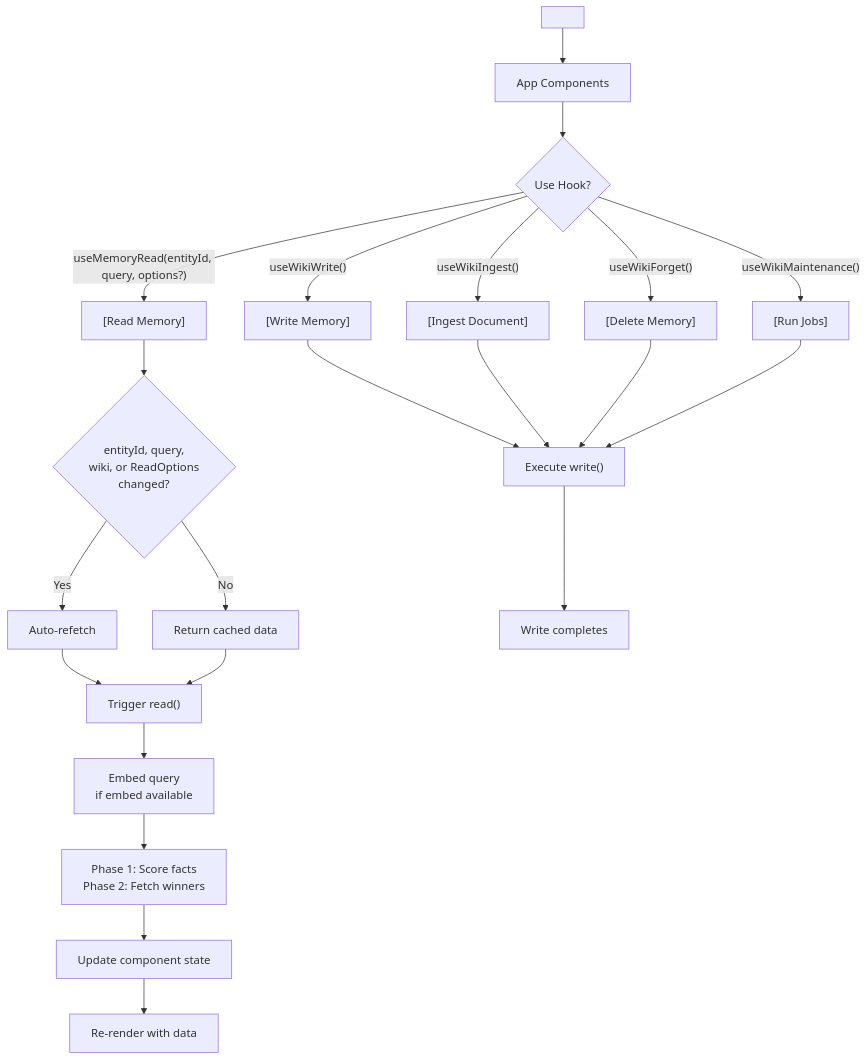
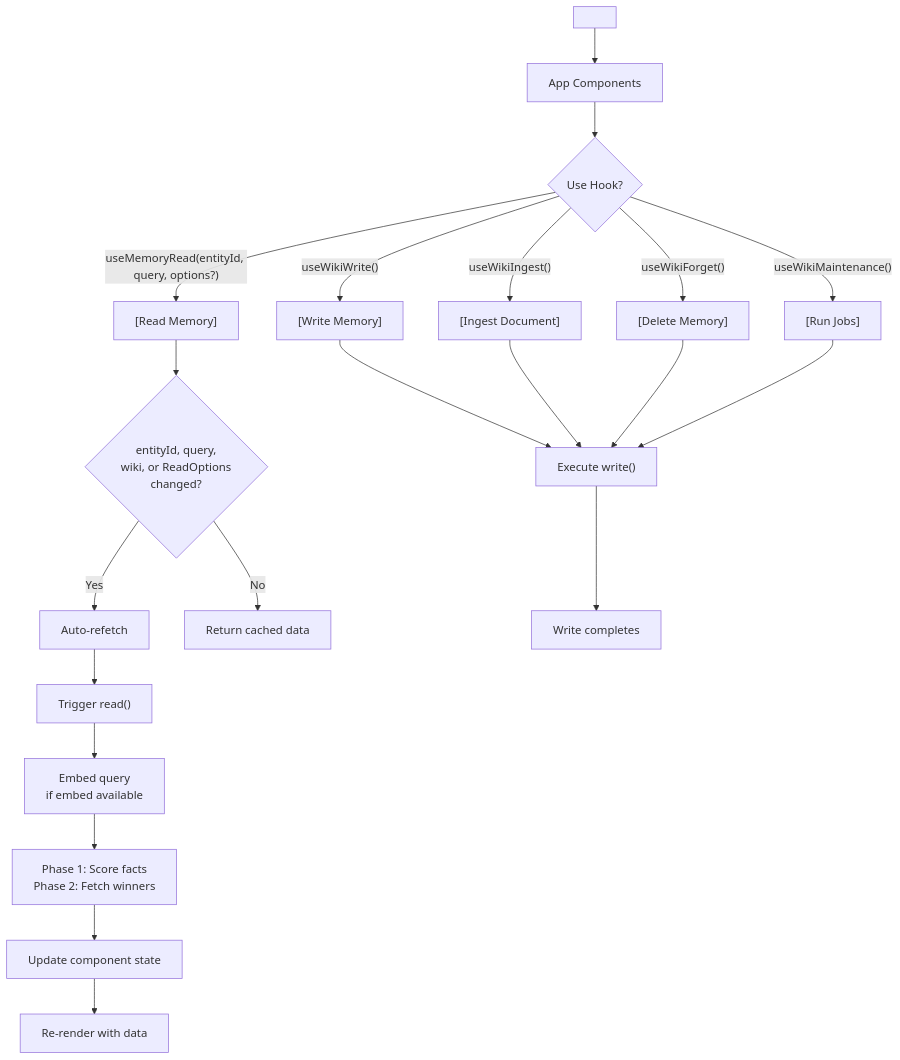
One commit to equationalapplications/expo-llm-wiki changed the third of 3 diagrams in README.md. Above: the diagram before and after it, drawn with Mermaid.

Commit message:
Potential fix for pull request finding

````diff
--- a/README.md
+++ b/README.md
@@ -678,24 +678,23 @@
 ```mermaid
 flowchart TD
     A["<WikiProvider wiki={wiki}>"] --> B["App Components"]
     B --> C{"Use Hook?"}
     C -->|"useMemoryRead(entityId, query, options?)"| D["[Read Memory]"]
     C -->|"useWikiWrite()"| E["[Write Memory]"]
     C -->|"useWikiIngest()"| F["[Ingest Document]"]
     C -->|"useWikiForget()"| G["[Delete Memory]"]
     C -->|"useWikiMaintenance()"| H["[Run Jobs]"]
     D --> I{"entityId, query,<br/>wiki, or ReadOptions<br/>changed?"}
     I -->|"Yes"| J["Auto-refetch"]
     I -->|"No"| K["Return cached data"]
     J --> L["Trigger read()"]
-    K --> L
     L --> M["Embed query<br/>if embed available"]
     M --> N["Phase 1: Score facts<br/>Phase 2: Fetch winners"]
     N --> O["Update component state"]
     O --> P["Re-render with data"]
     E --> Q["Execute write()"]
     F --> Q
     G --> Q
     H --> Q
     Q --> R["Write completes"]
 ```
````
